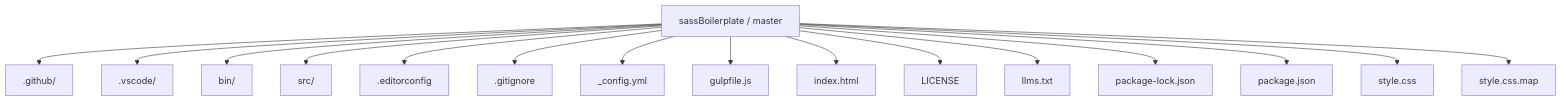
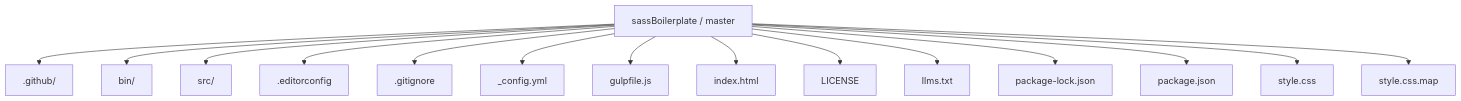
Before and after one commit to Nischhalsubba/sassBoilerplate: the first of 5 diagrams in README.md, drawn with Mermaid. The commit also changed other lines of this file, not shown here.

````diff
--- a/README.md
+++ b/README.md
@@ -23,19 +56,18 @@
 ```mermaid
 flowchart TD
     ROOT["sassBoilerplate / master"]
     ROOT --> P0[".github/"]
-    ROOT --> P1[".vscode/"]
-    ROOT --> P2["bin/"]
-    ROOT --> P3["src/"]
-    ROOT --> P4[".editorconfig"]
-    ROOT --> P5[".gitignore"]
-    ROOT --> P6["_config.yml"]
-    ROOT --> P7["gulpfile.js"]
-    ROOT --> P8["index.html"]
-    ROOT --> P9["LICENSE"]
-    ROOT --> P10["llms.txt"]
-    ROOT --> P11["package-lock.json"]
-    ROOT --> P12["package.json"]
-    ROOT --> P13["style.css"]
-    ROOT --> P14["style.css.map"]
+    ROOT --> P1["bin/"]
+    ROOT --> P2["src/"]
+    ROOT --> P3[".editorconfig"]
+    ROOT --> P4[".gitignore"]
+    ROOT --> P5["_config.yml"]
+    ROOT --> P6["gulpfile.js"]
+    ROOT --> P7["index.html"]
+    ROOT --> P8["LICENSE"]
+    ROOT --> P9["llms.txt"]
+    ROOT --> P10["package-lock.json"]
+    ROOT --> P11["package.json"]
+    ROOT --> P12["style.css"]
+    ROOT --> P13["style.css.map"]
 ```
````
